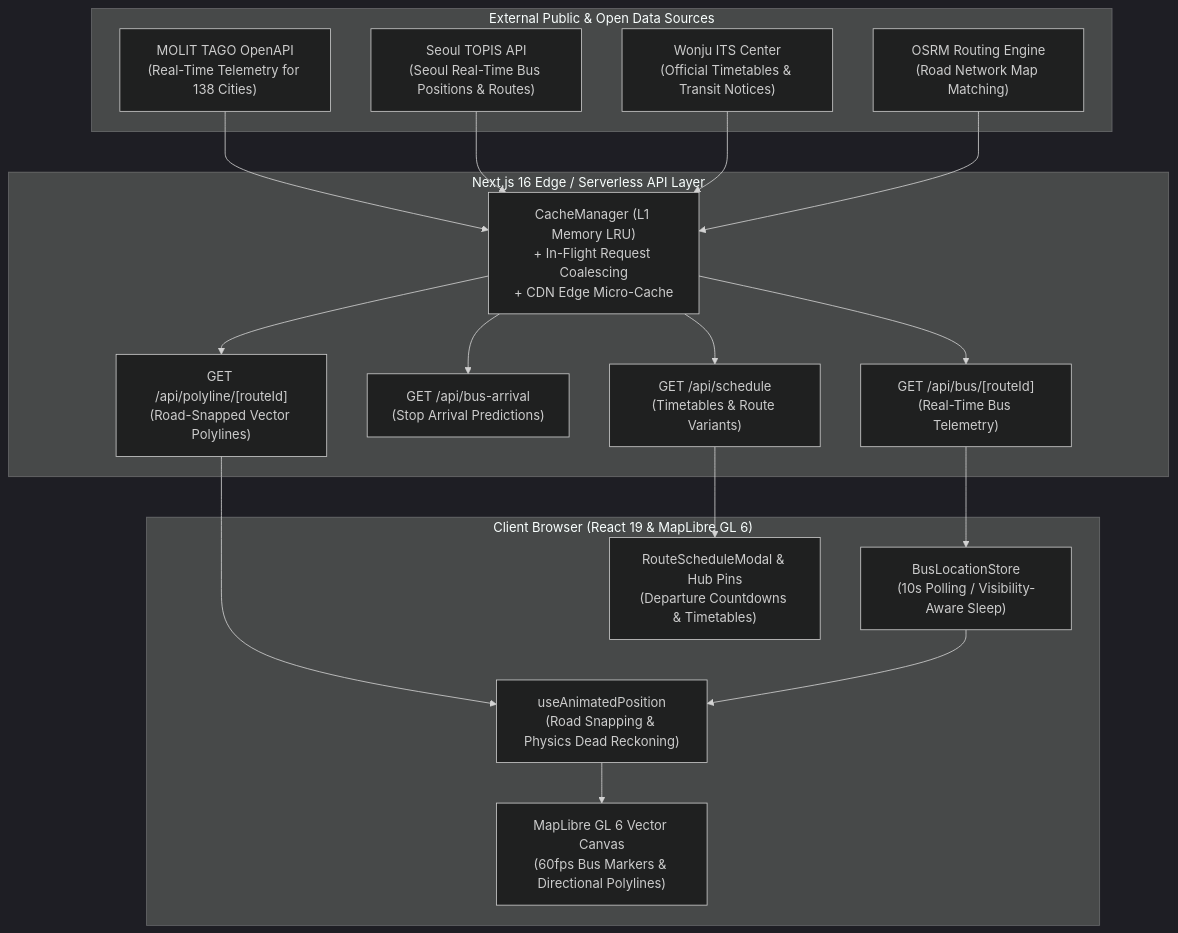
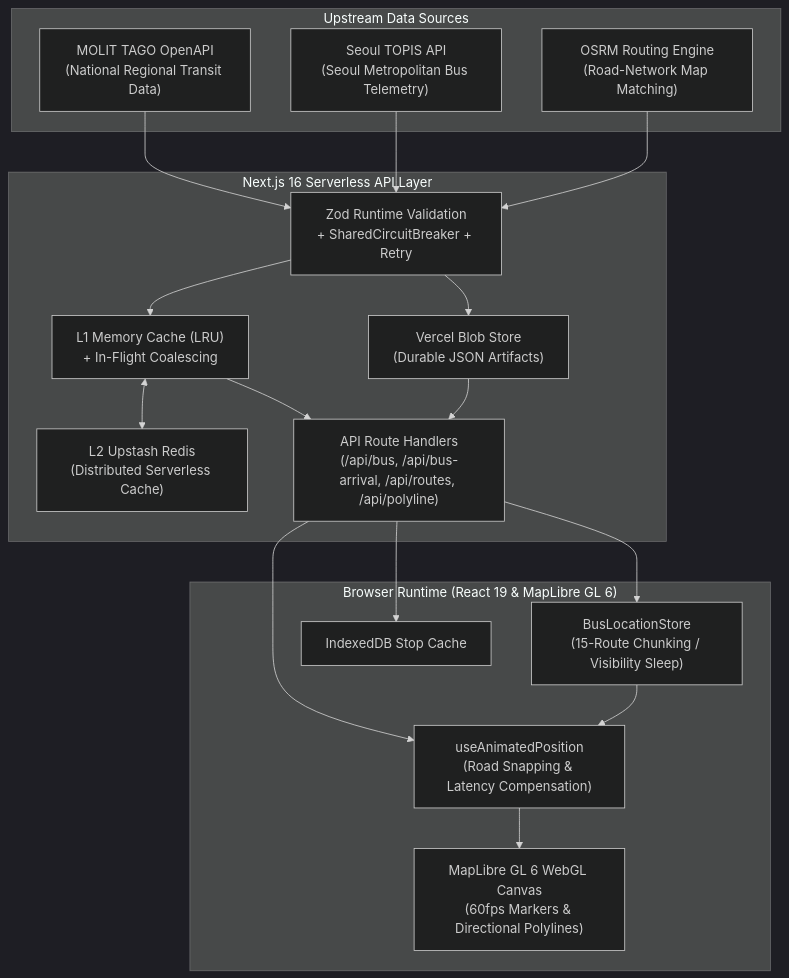
The diagram in README.md (E414CF6/wBus), drawn with Mermaid (dark theme) before and after one commit. The commit also changed other lines of this file, not shown here.

Commit message:
docs: refresh README coverage, architecture, and API details

````diff
--- a/README.md
+++ b/README.md
@@ -203,38 +172,37 @@
 ```mermaid
 flowchart TD
-  subgraph External["External Public & Open Data Sources"]
-    TAGO["MOLIT TAGO OpenAPI<br/>(Real-Time Telemetry for 138 Cities)"]
-    TOPIS["Seoul TOPIS API<br/>(Seoul Real-Time Bus Positions & Routes)"]
-    WONJU_ITS["Wonju ITS Center<br/>(Official Timetables & Transit Notices)"]
-    OSRM["OSRM Routing Engine<br/>(Road Network Map Matching)"]
+  subgraph External["Upstream Data Sources"]
+    TAGO["MOLIT TAGO OpenAPI<br/>(National Regional Transit Data)"]
+    TOPIS["Seoul TOPIS API<br/>(Seoul Metropolitan Bus Telemetry)"]
+    OSRM["OSRM Routing Engine<br/>(Road-Network Map Matching)"]
   end
 
-  subgraph Serverless["Next.js 16 Edge / Serverless API Layer"]
-    API_BUS["GET /api/bus/[routeId]<br/>(Real-Time Bus Telemetry)"]
-    API_ARR["GET /api/bus-arrival<br/>(Stop Arrival Predictions)"]
-    API_SCHED["GET /api/schedule<br/>(Timetables & Route Variants)"]
-    API_POLY["GET /api/polyline/[routeId]<br/>(Road-Snapped Vector Polylines)"]
-    CACHE["CacheManager (L1 Memory LRU)<br/>+ In-Flight Request Coalescing<br/>+ CDN Edge Micro-Cache"]
+  subgraph Server["Next.js 16 Serverless API Layer"]
+    VALID["Zod Runtime Validation<br/>+ SharedCircuitBreaker + Retry"]
+    L1["L1 Memory Cache (LRU)<br/>+ In-Flight Coalescing"]
+    L2["L2 Upstash Redis<br/>(Distributed Serverless Cache)"]
+    BLOB["Vercel Blob Store<br/>(Durable JSON Artifacts)"]
+    ROUTES["API Route Handlers<br/>(/api/bus, /api/bus-arrival, /api/routes, /api/polyline)"]
   end
 
-  subgraph Client["Client Browser (React 19 & MapLibre GL 6)"]
-    STORE["BusLocationStore<br/>(10s Polling / Visibility-Aware Sleep)"]
-    PHYSICS["useAnimatedPosition<br/>(Road Snapping & Physics Dead Reckoning)"]
-    MAP_VIEW["MapLibre GL 6 Vector Canvas<br/>(60fps Bus Markers & Directional Polylines)"]
-    MODAL_VIEW["RouteScheduleModal & Hub Pins<br/>(Departure Countdowns & Timetables)"]
+  subgraph Client["Browser Runtime (React 19 & MapLibre GL 6)"]
+    STORE["BusLocationStore<br/>(15-Route Chunking / Visibility Sleep)"]
+    IDB["IndexedDB Stop Cache"]
+    PHYSICS["useAnimatedPosition<br/>(Road Snapping & Latency Compensation)"]
+    MAP["MapLibre GL 6 WebGL Canvas<br/>(60fps Markers & Directional Polylines)"]
   end
 
-  TAGO --> CACHE
-  TOPIS --> CACHE
-  WONJU_ITS --> CACHE
-  OSRM --> CACHE
-  CACHE --> API_BUS
-  CACHE --> API_ARR
-  CACHE --> API_SCHED
-  CACHE --> API_POLY
-  API_BUS --> STORE
-  API_POLY --> PHYSICS
+  TAGO --> VALID
+  TOPIS --> VALID
+  OSRM --> VALID
+  VALID --> L1
+  L1 <--> L2
+  VALID --> BLOB
+  L1 --> ROUTES
+  BLOB --> ROUTES
+  ROUTES --> STORE
+  ROUTES --> IDB
+  ROUTES --> PHYSICS
   STORE --> PHYSICS
-  PHYSICS --> MAP_VIEW
-  API_SCHED --> MODAL_VIEW
+  PHYSICS --> MAP
 ```
````
